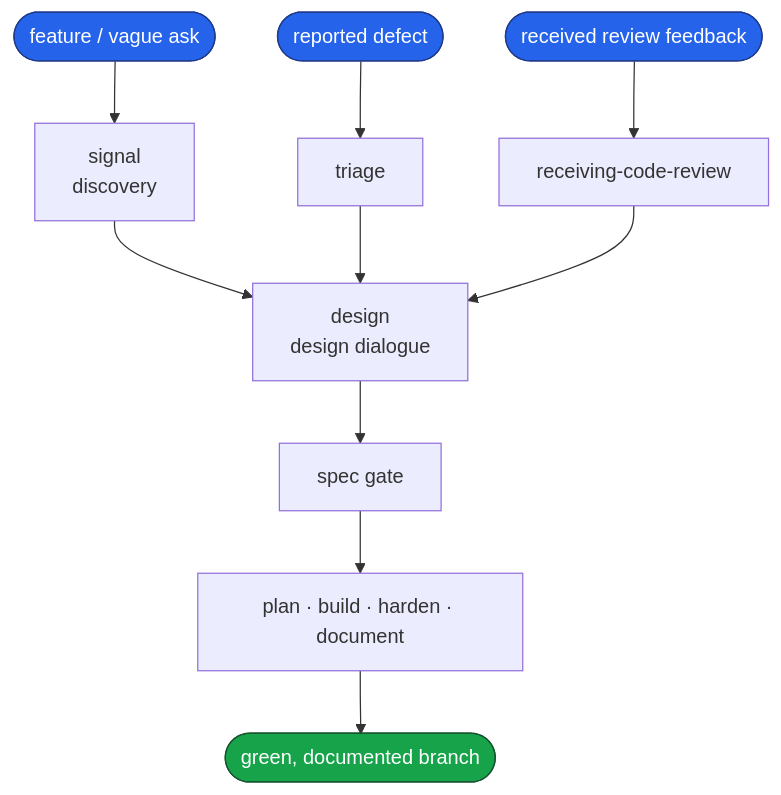
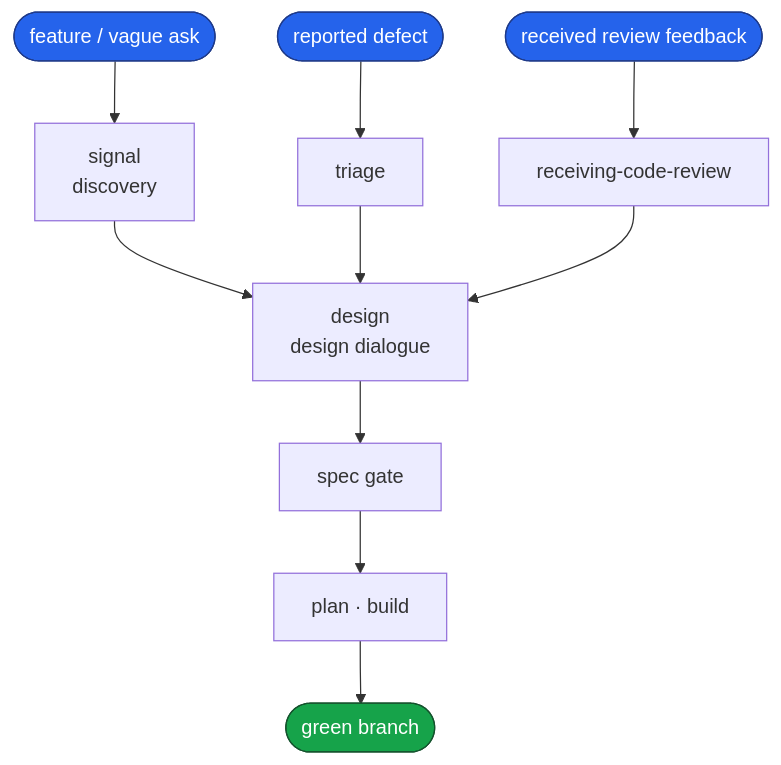
The first of 6 diagrams in README.md (dashworthy/engineering), drawn with Mermaid before and after one commit. The commit also changed other lines of this file and 20 other files, not shown here.

````diff
--- a/README.md
+++ b/README.md
@@ -38,17 +39,17 @@
 ```mermaid
 flowchart TD
     classDef entry fill:#2563eb,stroke:#1e3a8a,color:#fff
     classDef done fill:#16a34a,stroke:#14532d,color:#fff
 
     F(["feature / vague ask"]):::entry --> SIG["signal<br/>discovery"]
     D(["reported defect"]):::entry --> TRI["triage"]
     R(["received review feedback"]):::entry --> RCR["receiving-code-review"]
 
     SIG --> DES["design<br/>design dialogue"]
     TRI --> DES
     RCR --> DES
 
     DES --> SPEC["spec gate"]
-    SPEC --> BB["plan · build · harden · document"]
-    BB --> DONE(["green, documented branch"]):::done
+    SPEC --> BB["plan · build"]
+    BB --> DONE(["green branch"]):::done
 ```
````
